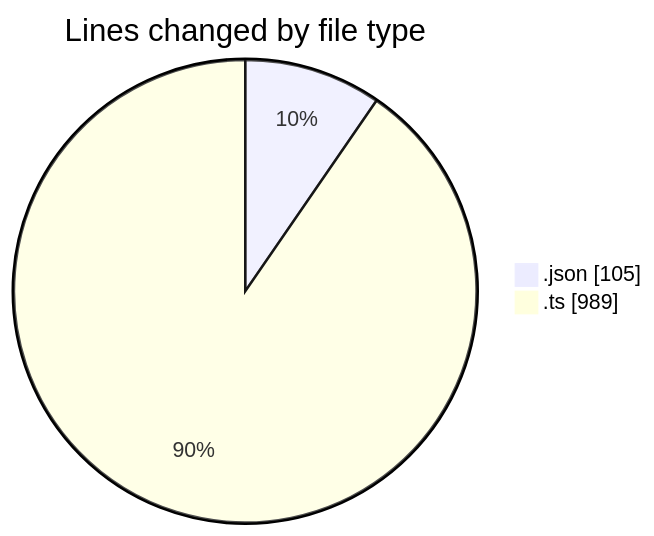
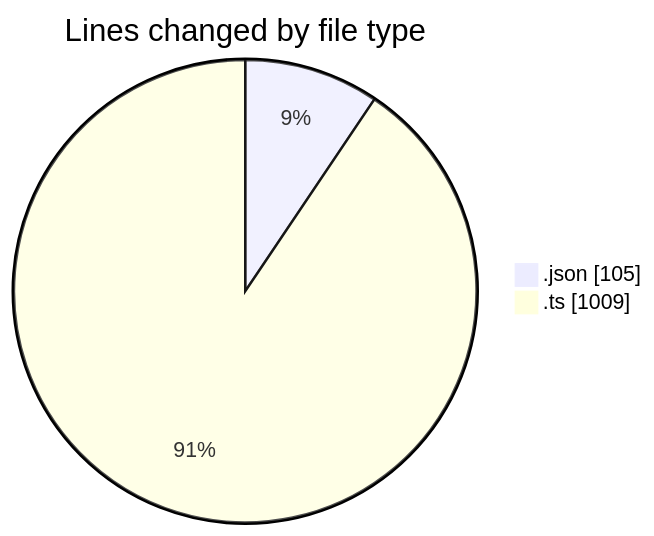
Before and after one commit to momahboobian/code-tracking: the first of 2 diagrams in 2025-06-25/cda/README.md, drawn with Mermaid. The commit also changed other lines of this file and 1 other file, not shown here.

````diff
--- a/2025-06-25/cda/README.md
+++ b/2025-06-25/cda/README.md
@@ -23,6 +24,6 @@
 ```mermaid
 pie showData
 title Lines changed by file type
 ".json" : 105
-".ts" : 989
+".ts" : 1009
 ```
````
